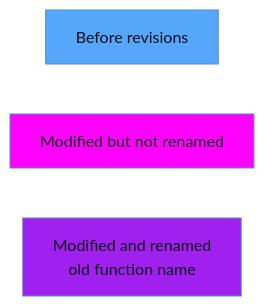
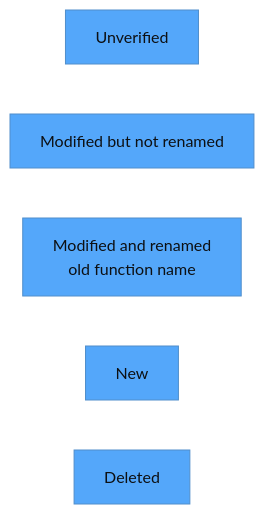
One commit to econia-labs/econia changed the first of 2 diagrams in src/move/econia/ignore/README.md. Above: the diagram before and after it, drawn with Mermaid. The commit also changed other lines of this file and 3 other files, not shown here.

````diff
--- a/src/move/econia/ignore/README.md
+++ b/src/move/econia/ignore/README.md
@@ -7,14 +7,29 @@
 ```mermaid
 
 %%{init: {'theme': 'base', 'themeVariables': {'primaryColor': '#54a7fa', 'lineColor': '#c4dcf1', 'primaryTextColor': '#0d1013', 'secondaryColor': '#c4dcf1'}}}%%
 
 flowchart LR
 
-    id0[Before revisions]
+%% Class definitions
+
+    classDef modified_but_not_renamed fill:#00fa9a %% Medium Spring Green
+    classDef modified_and_renamed fill:#a020f0 %% Purple
+    classDef new fill:#87cefa %% Light Sky Blue
+    classDef deleted fill:#708090 %% Slate Gray
+
+    id0[Unverified]
+    style id0 fill:#ffa500 %% Orange
 
     id1[Modified but not renamed]
-    style id1 fill:#ff00ff
+    class id1 modified_but_not_renamed;
 
     id2[Modified and renamed <br/> old function name]
-    style id2 fill:#a020f0
+    class id2 modified_and_renamed;
+
+    id3[New]
+    class id3 new;
+
+    id4[Deleted]
+    class id4 deleted;
+
 ```
````
